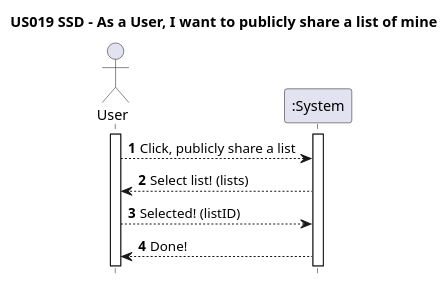
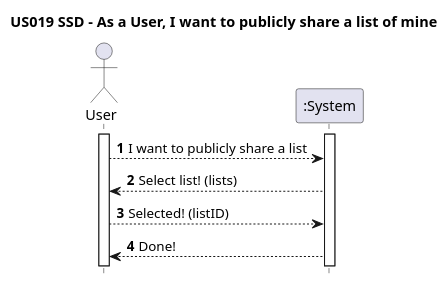
The diagram in Diagrams/SequenceDiagrams/N1/US019-to-publicly-share-a-list_SSD.puml (AndrePereiraGitH/SWitCH-Project-Team_A), drawn with PlantUML before and after one commit. The commit also changed 5 other files, not shown here.

Commit message:
Updates for #41 and #42, updated all diagrams

```diff
--- a/Diagrams/SequenceDiagrams/N1/US019-to-publicly-share-a-list_SSD.puml
+++ b/Diagrams/SequenceDiagrams/N1/US019-to-publicly-share-a-list_SSD.puml
@@ -1,23 +1,23 @@
 @startuml
 'https://plantuml.com/sequence-diagram
 
 hide footbox
 autonumber
 
 title US019 SSD - As a User, I want to publicly share a list of mine
 
 actor User
 participant ":System" as System
 
 activate User
 activate System
 
-User --> System: Click, publicly share a list
+User --> System: I want to publicly share a list
 
 System --> User: Select list! (lists)
 
 User --> System: Selected! (listID)
 
 System --> User: Done!
 
 @enduml
```
